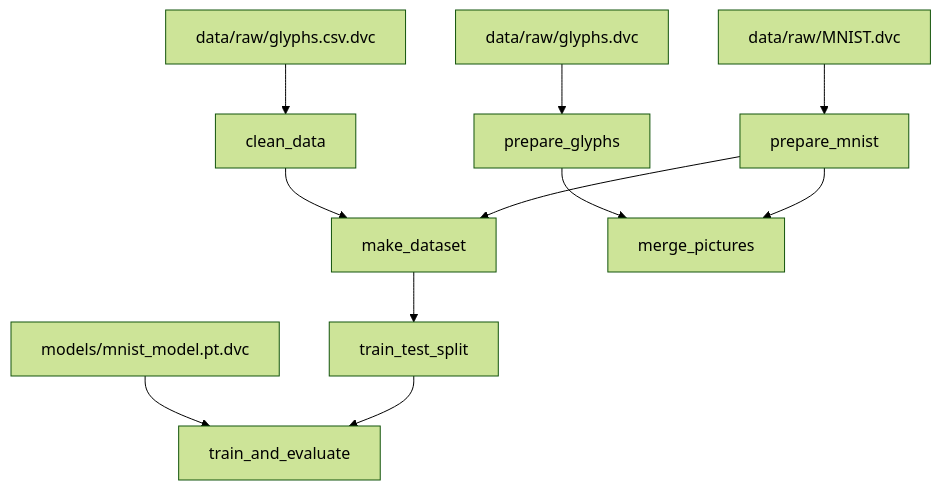
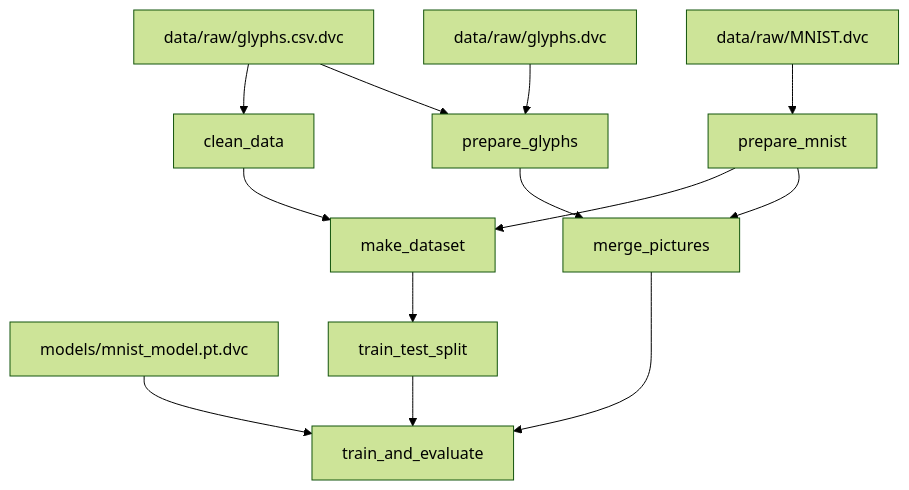
Before and after one commit to nazavr322/ukr-handwriting-classification: the diagram in README.md, drawn with Mermaid (forest theme). The commit also changed other lines of this file, not shown here.

````diff
--- a/README.md
+++ b/README.md
@@ -74,24 +84,26 @@
 ```mermaid
 flowchart TD
 	node1["clean_data"]
 	node2["data/raw/MNIST.dvc"]
 	node3["data/raw/glyphs.csv.dvc"]
 	node4["data/raw/glyphs.dvc"]
 	node5["make_dataset"]
 	node6["merge_pictures"]
 	node7["models/mnist_model.pt.dvc"]
 	node8["prepare_glyphs"]
 	node9["prepare_mnist"]
 	node10["train_and_evaluate"]
 	node11["train_test_split"]
 	node1-->node5
 	node2-->node9
 	node3-->node1
+	node3-->node8
 	node4-->node8
 	node5-->node11
+	node6-->node10
 	node7-->node10
 	node8-->node6
 	node9-->node5
 	node9-->node6
 	node11-->node10
 ```
````
